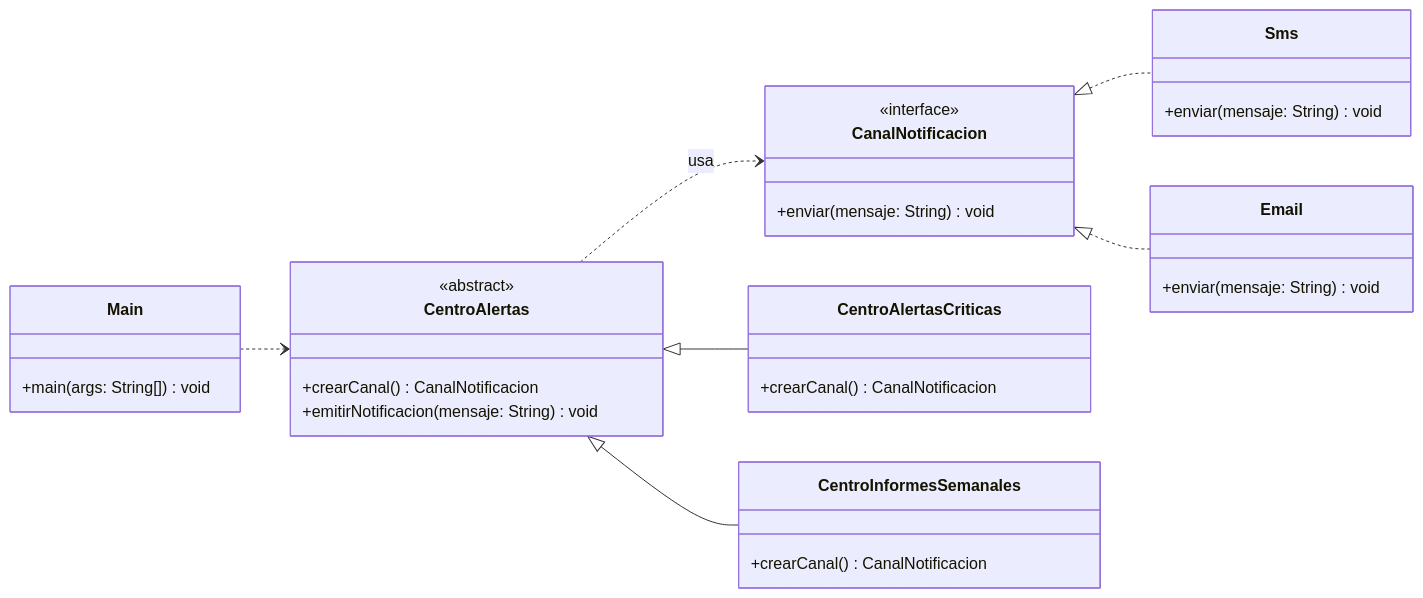
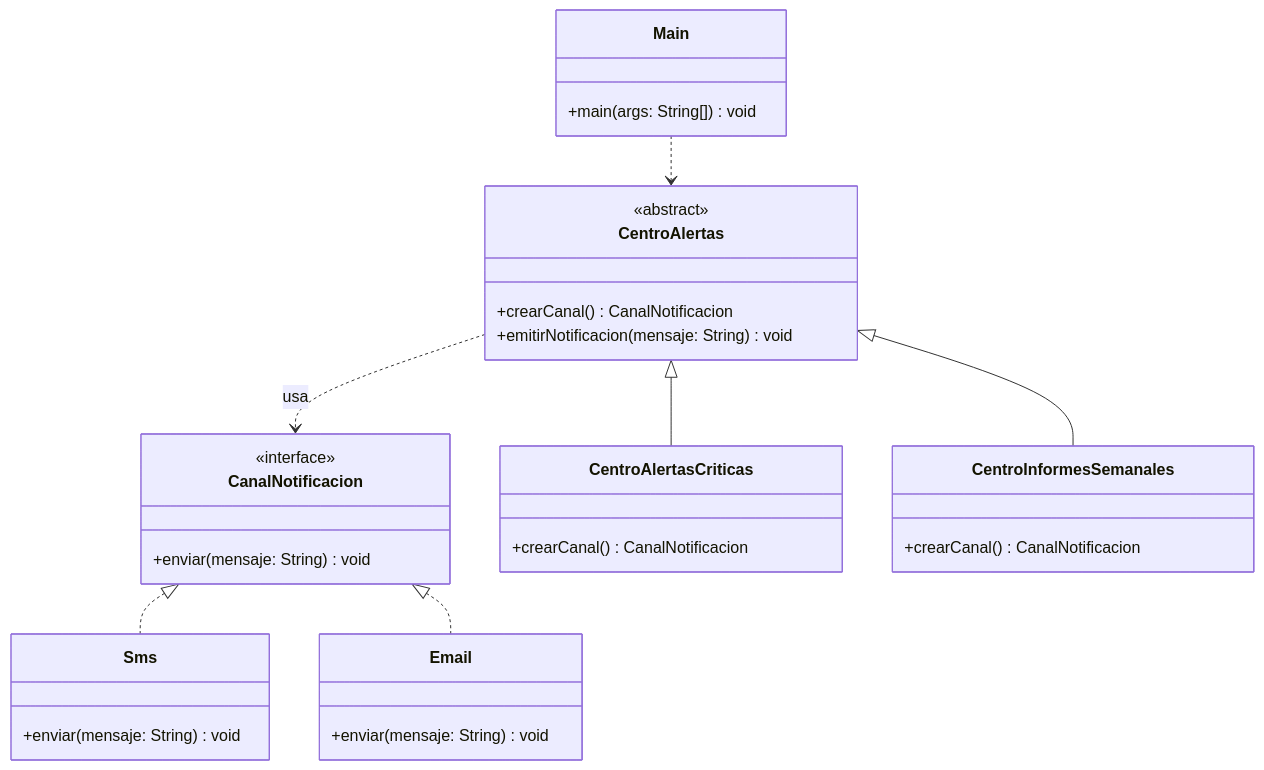
Before and after one commit to DiegoMartindeAndres/ejercicios-patrones: the diagram in FactoryMethod/README.md, drawn with Mermaid. The commit also changed 2 other files, not shown here.

Commit message:
Cambiada la orientación de los diagramas

````diff
--- a/FactoryMethod/README.md
+++ b/FactoryMethod/README.md
@@ -22,42 +22,42 @@
 ```mermaid
 classDiagram
-        direction LR
+        
 
         class CanalNotificacion {
             <<interface>>
             +enviar(mensaje: String) void
         }
 
         class Sms {
             +enviar(mensaje: String) void
         }
         class Email {
             +enviar(mensaje: String) void
         }
 
         CanalNotificacion <|.. Sms
         CanalNotificacion <|.. Email
 
         class CentroAlertas {
             <<abstract>>
             +crearCanal() CanalNotificacion
             +emitirNotificacion(mensaje: String) void
         }
 
         class CentroAlertasCriticas {
             +crearCanal() CanalNotificacion
         }
         class CentroInformesSemanales {
             +crearCanal() CanalNotificacion
         }
 
         CentroAlertas <|-- CentroAlertasCriticas
         CentroAlertas <|-- CentroInformesSemanales
         CentroAlertas ..> CanalNotificacion : usa
 
         class Main {
             +main(args: String[]) void
         }
 
         Main ..> CentroAlertas
 ```
````
